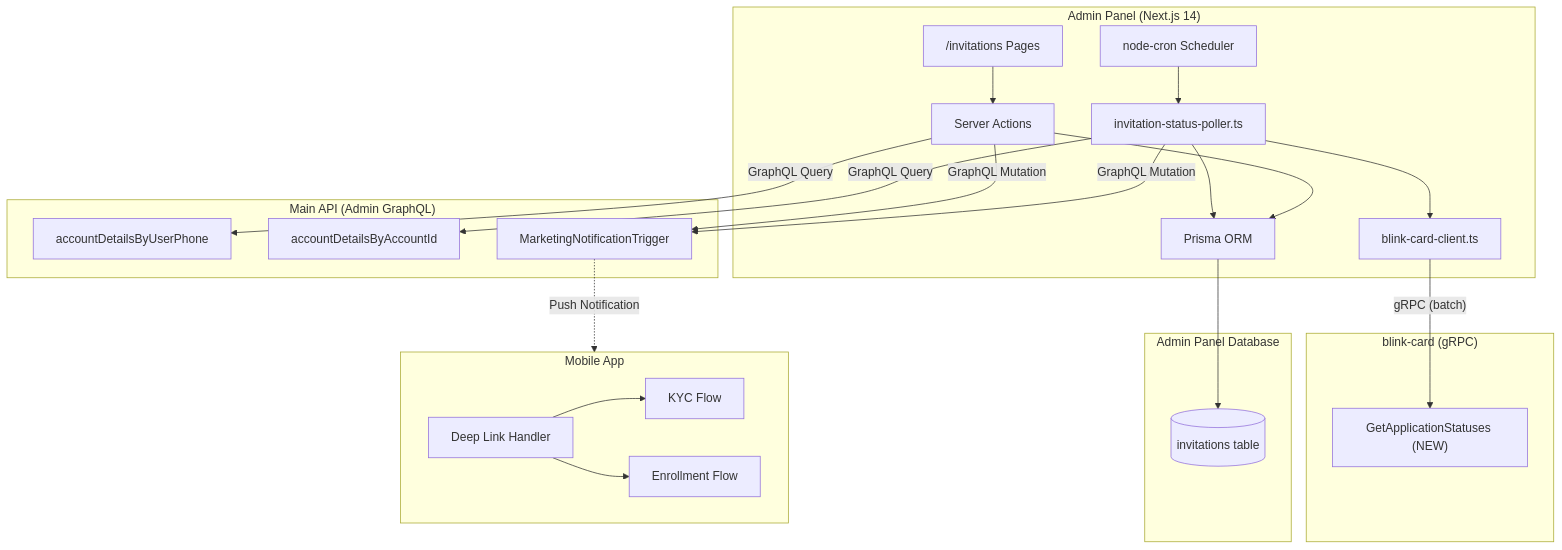
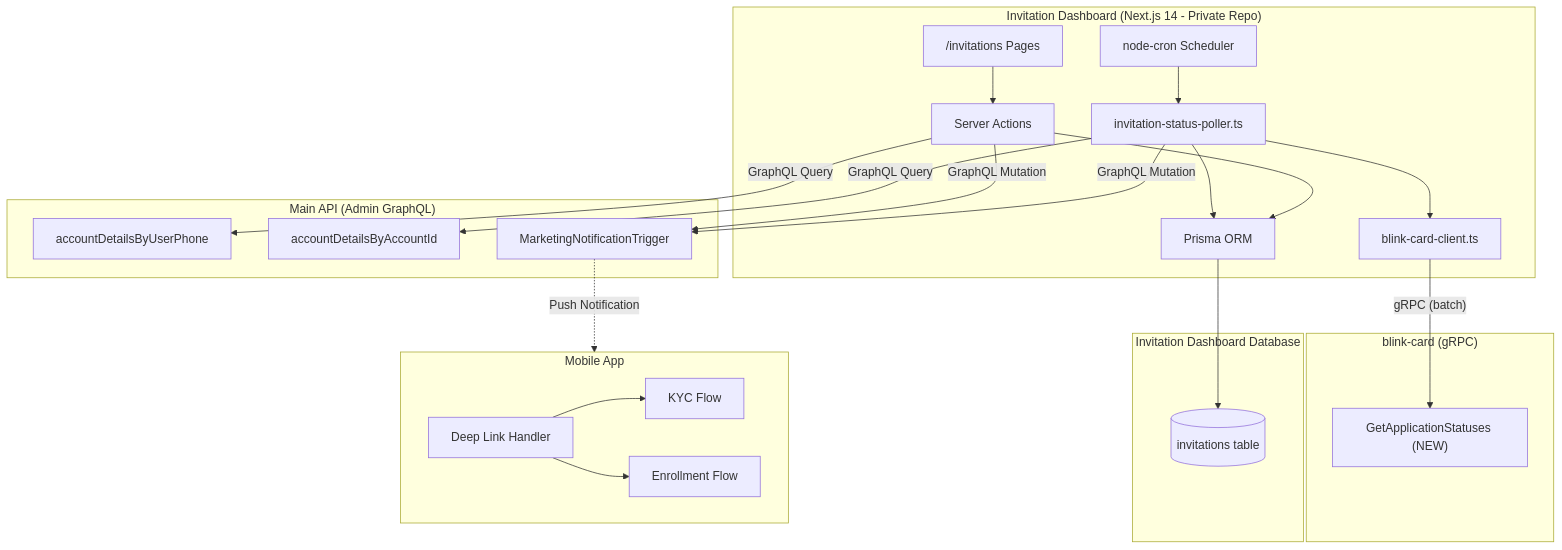
One commit to blinkbitcoin/blink changed the first of 7 diagrams in docs/bmad/tech-spec-program-invitation-system.md. Above: the diagram before and after it, drawn with Mermaid. The commit also changed other lines of this file and 2 other files, not shown here.

Commit message:
docs: update docs with changes in moving the new feature to private repo

````diff
--- a/docs/bmad/tech-spec-program-invitation-system.md
+++ b/docs/bmad/tech-spec-program-invitation-system.md
@@ -77,49 +85,49 @@
 ```mermaid
 flowchart TB
-    subgraph AdminPanel["Admin Panel (Next.js 14)"]
+    subgraph InvDashboard["Invitation Dashboard (Next.js 14 - Private Repo)"]
         Pages["/invitations Pages"]
         Actions["Server Actions"]
         Prisma["Prisma ORM"]
         Cron["node-cron Scheduler"]
         Poller["invitation-status-poller.ts"]
         GrpcClient["blink-card-client.ts"]
     end
 
-    subgraph Database["Admin Panel Database"]
+    subgraph Database["Invitation Dashboard Database"]
         InvTable[("invitations table")]
     end
 
     subgraph MainAPI["Main API (Admin GraphQL)"]
         UserSearch["accountDetailsByUserPhone"]
         L2Status["accountDetailsByAccountId"]
         NotifMutation["MarketingNotificationTrigger"]
     end
 
     subgraph BlinkCard["blink-card (gRPC)"]
         CardKYC["GetApplicationStatuses (NEW)"]
     end
 
     subgraph Mobile["Mobile App"]
         DeepLink["Deep Link Handler"]
         KYCFlow["KYC Flow"]
         EnrollFlow["Enrollment Flow"]
     end
 
     Pages --> Actions
     Actions --> Prisma
     Prisma --> InvTable
 
     Cron --> Poller
     Poller --> Prisma
     Poller -->|"GraphQL Query"| L2Status
     Poller --> GrpcClient
     GrpcClient -->|"gRPC (batch)"| CardKYC
     Poller -->|"GraphQL Mutation"| NotifMutation
 
     Actions -->|"GraphQL Query"| UserSearch
     Actions -->|"GraphQL Mutation"| NotifMutation
 
     NotifMutation -.->|"Push Notification"| Mobile
     DeepLink --> KYCFlow
     DeepLink --> EnrollFlow
 ```
````
